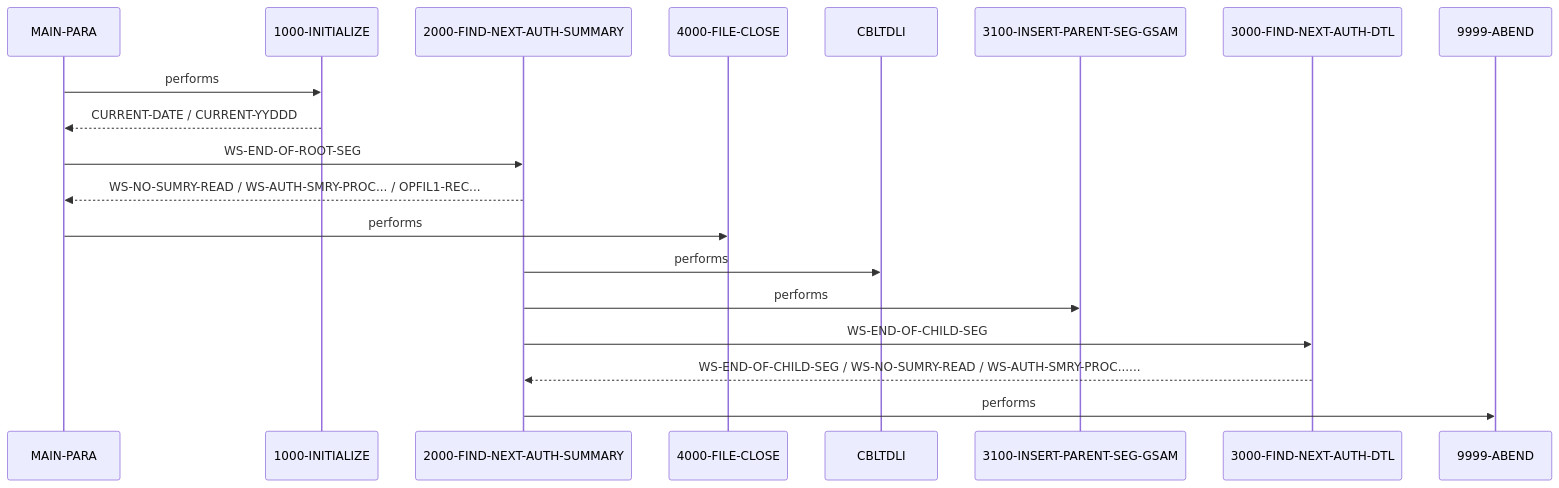
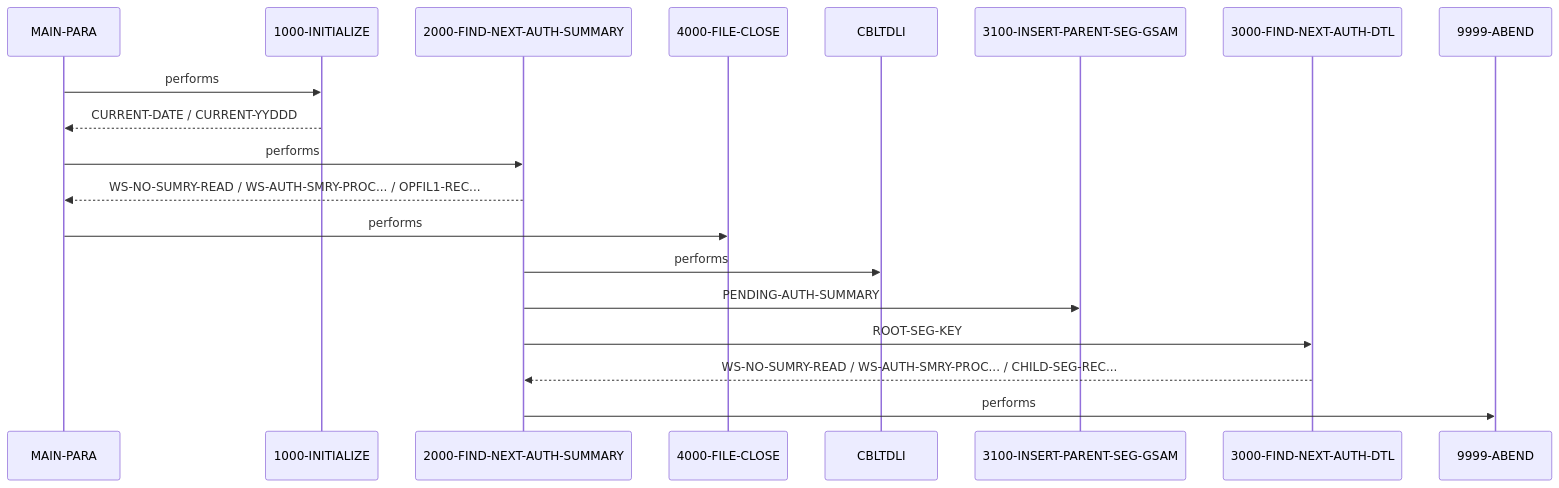
Before and after one commit to andrasfe/war_rig: the diagram in example_output/cbl/DBUNLDGS.CBL.md, drawn with Mermaid. The commit also changed other lines of this file and 238 other files, not shown here.

````diff
--- a/example_output/cbl/DBUNLDGS.CBL.md
+++ b/example_output/cbl/DBUNLDGS.CBL.md
@@ -156,21 +147,21 @@
 ```mermaid
 sequenceDiagram
     participant MAIN_PARA as MAIN-PARA
     participant 1000_INITIALIZE as 1000-INITIALIZE
     participant 2000_FIND_NEXT_AUTH_SUMMARY as 2000-FIND-NEXT-AUTH-SUMMARY
     participant 4000_FILE_CLOSE as 4000-FILE-CLOSE
     participant CBLTDLI as CBLTDLI
     participant 3100_INSERT_PARENT_SEG_GSAM as 3100-INSERT-PARENT-SEG-GSAM
     participant 3000_FIND_NEXT_AUTH_DTL as 3000-FIND-NEXT-AUTH-DTL
     participant 9999_ABEND as 9999-ABEND
     MAIN_PARA->>1000_INITIALIZE: performs
     1000_INITIALIZE-->>MAIN_PARA: CURRENT-DATE / CURRENT-YYDDD
-    MAIN_PARA->>2000_FIND_NEXT_AUTH_SUMMARY: WS-END-OF-ROOT-SEG
+    MAIN_PARA->>2000_FIND_NEXT_AUTH_SUMMARY: performs
     2000_FIND_NEXT_AUTH_SUMMARY-->>MAIN_PARA: WS-NO-SUMRY-READ / WS-AUTH-SMRY-PROC... / OPFIL1-REC...
     MAIN_PARA->>4000_FILE_CLOSE: performs
     2000_FIND_NEXT_AUTH_SUMMARY->>CBLTDLI: performs
-    2000_FIND_NEXT_AUTH_SUMMARY->>3100_INSERT_PARENT_SEG_GSAM: performs
-    2000_FIND_NEXT_AUTH_SUMMARY->>3000_FIND_NEXT_AUTH_DTL: WS-END-OF-CHILD-SEG
-    3000_FIND_NEXT_AUTH_DTL-->>2000_FIND_NEXT_AUTH_SUMMARY: WS-END-OF-CHILD-SEG / WS-NO-SUMRY-READ / WS-AUTH-SMRY-PROC......
+    2000_FIND_NEXT_AUTH_SUMMARY->>3100_INSERT_PARENT_SEG_GSAM: PENDING-AUTH-SUMMARY
+    2000_FIND_NEXT_AUTH_SUMMARY->>3000_FIND_NEXT_AUTH_DTL: ROOT-SEG-KEY
+    3000_FIND_NEXT_AUTH_DTL-->>2000_FIND_NEXT_AUTH_SUMMARY: WS-NO-SUMRY-READ / WS-AUTH-SMRY-PROC... / CHILD-SEG-REC...
     2000_FIND_NEXT_AUTH_SUMMARY->>9999_ABEND: performs
 ```
````
